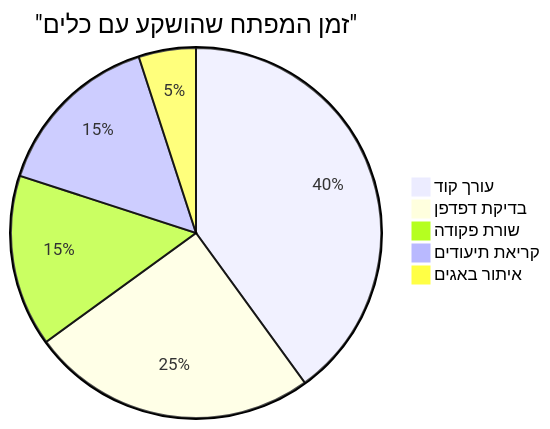
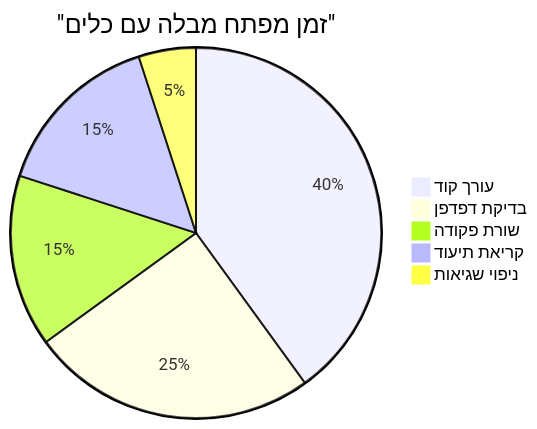
One commit to microsoft/Web-Dev-For-Beginners changed the sixth of 7 diagrams in translations/he/1-getting-started-lessons/1-intro-to-programming-languages/README.md. Above: the diagram before and after it, drawn with Mermaid. The commit also changed other lines of this file and 8 other files, not shown here.

````diff
--- a/translations/he/1-getting-started-lessons/1-intro-to-programming-languages/README.md
+++ b/translations/he/1-getting-started-lessons/1-intro-to-programming-languages/README.md
@@ -710,8 +711,8 @@
 ```mermaid
-pie title "זמן המפתח שהושקע עם כלים"
+pie title "זמן מפתח מבלה עם כלים"
     "עורך קוד" : 40
     "בדיקת דפדפן" : 25
     "שורת פקודה" : 15
-    "קריאת תיעודים" : 15
-    "איתור באגים" : 5
+    "קריאת תיעוד" : 15
+    "ניפוי שגיאות" : 5
 ```
````
